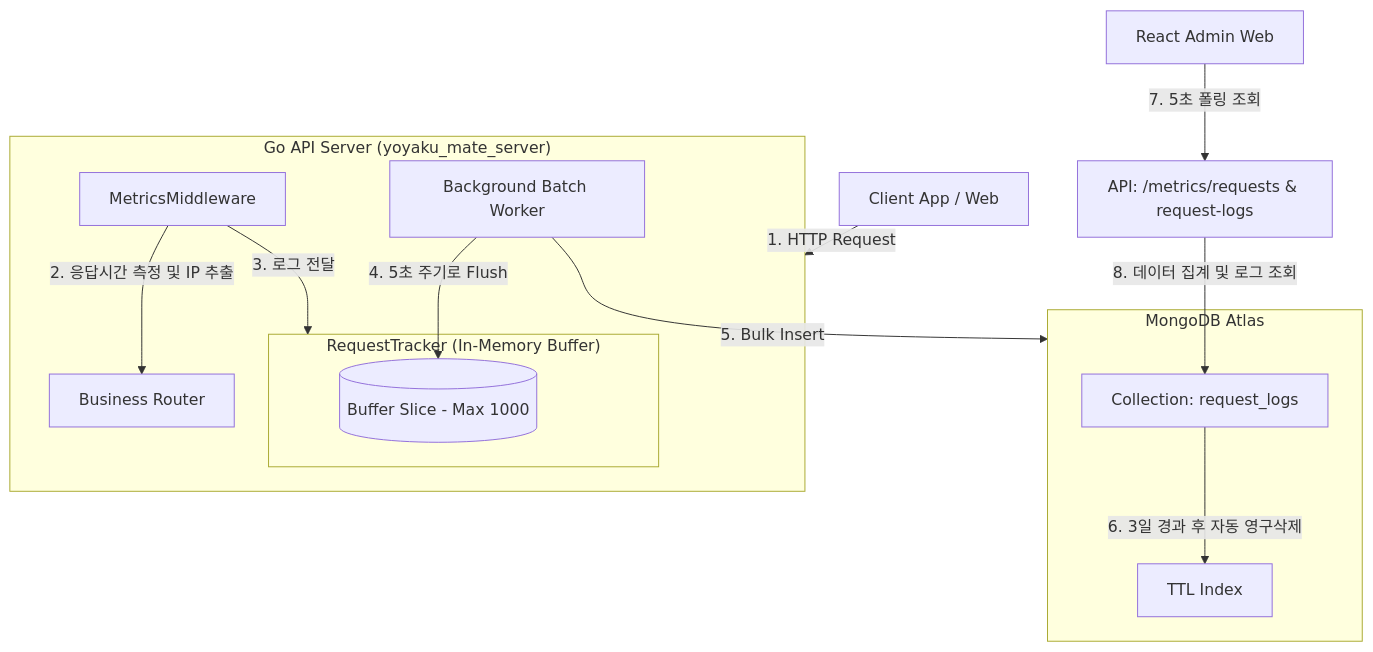
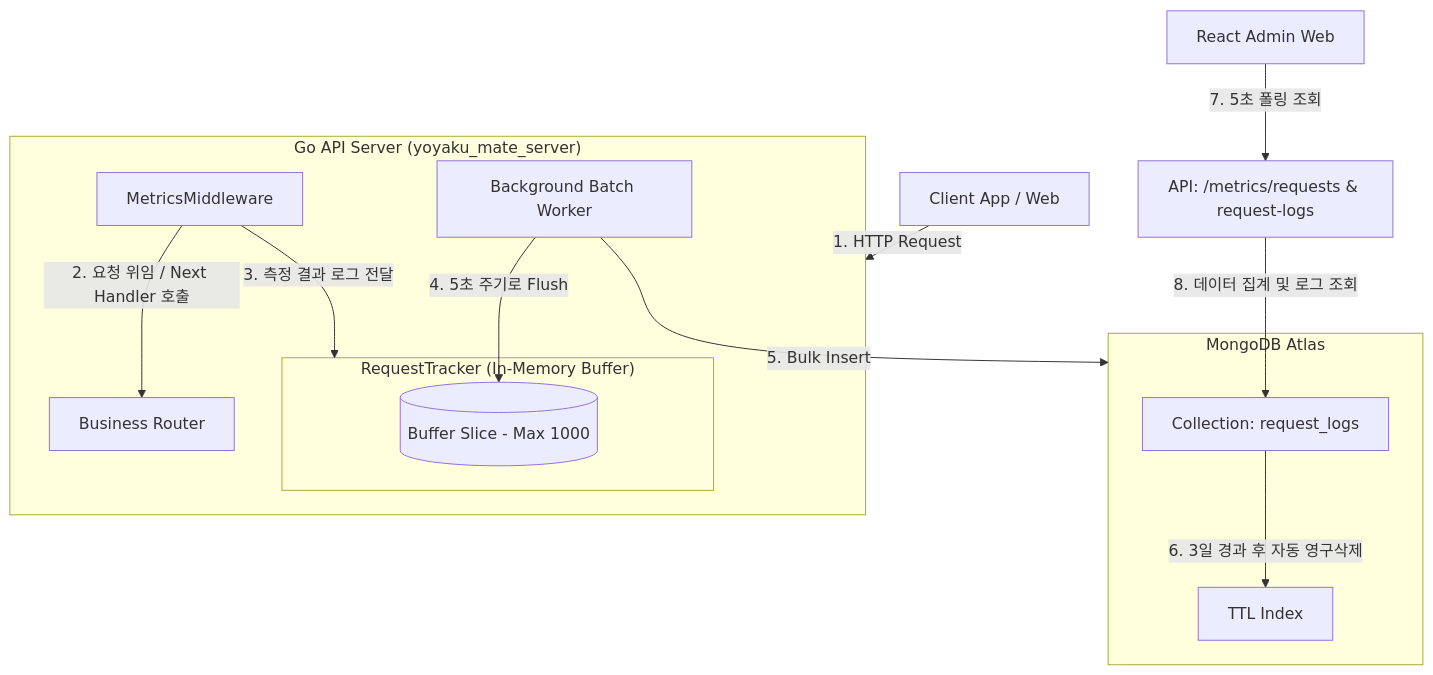
One commit to Espi8624/yoyaku_mate_admin changed the diagram in docs/features/request-counter.ko.md. Above: the diagram before and after it, drawn with Mermaid. The commit also changed 1 other file, not shown here.

Commit message:
update documents

````diff
--- a/docs/features/request-counter.ko.md
+++ b/docs/features/request-counter.ko.md
@@ -11,24 +11,24 @@
 ```mermaid
 flowchart TD
     Client[Client App / Web] -->|1. HTTP Request| GoServer[Go API Server]
     
     subgraph GoServer ["Go API Server (yoyaku_mate_server)"]
-        Middleware[MetricsMiddleware] -->|2. 응답시간 측정 및 IP 추출| Router[Business Router]
-        Middleware -->|3. 로그 전달| Tracker[RequestTracker]
+        Middleware[MetricsMiddleware] -->|2. 요청 위임 / Next Handler 호출| Router[Business Router]
+        Middleware -->|3. 측정 결과 로그 전달| Tracker[RequestTracker]
         
         subgraph Tracker ["RequestTracker (In-Memory Buffer)"]
             Buffer[(Buffer Slice - Max 1000)]
         end
         
         BatchWorker[Background Batch Worker] -->|4. 5초 주기로 Flush| Buffer
     end
     
     BatchWorker -->|5. Bulk Insert| MongoDB[(MongoDB Atlas)]
     
     subgraph MongoDB ["MongoDB Atlas"]
         ReqLogs[Collection: request_logs] -->|6. 3일 경과 후 자동 영구삭제| TTL[TTL Index]
     end
     
     Admin[React Admin Web] -->|7. 5초 폴링 조회| AggQuery[API: /metrics/requests & request-logs]
     AggQuery -->|8. 데이터 집계 및 로그 조회| ReqLogs
 ```
````
